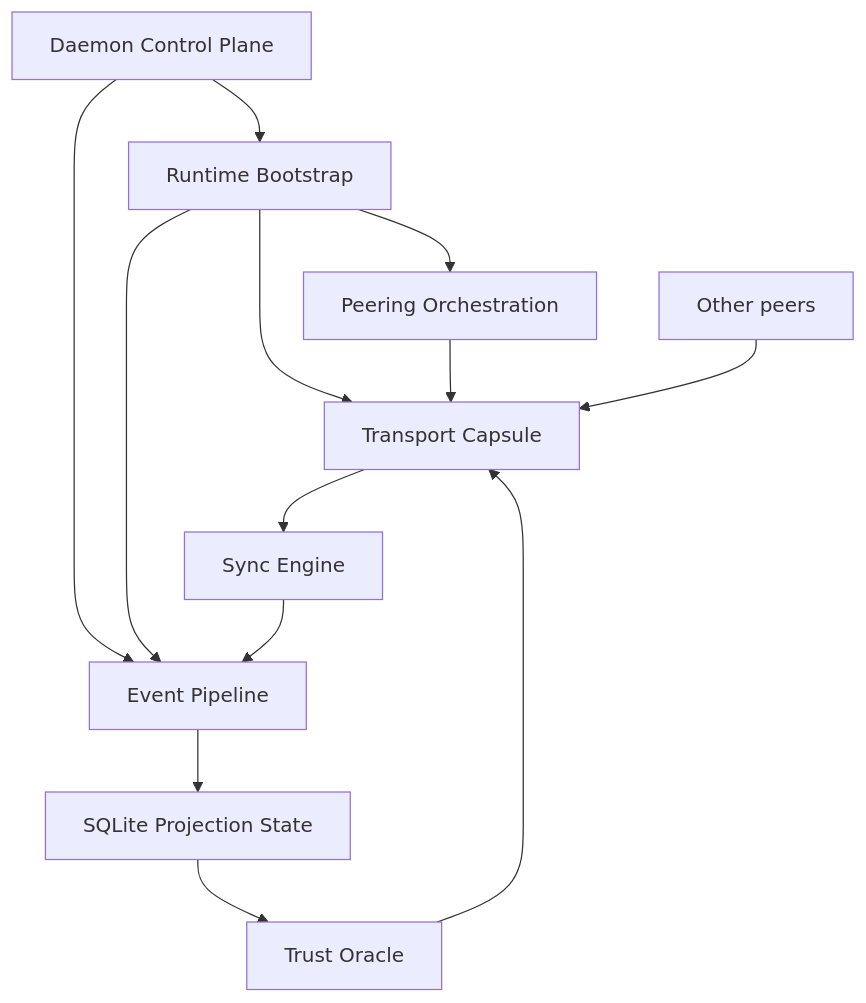
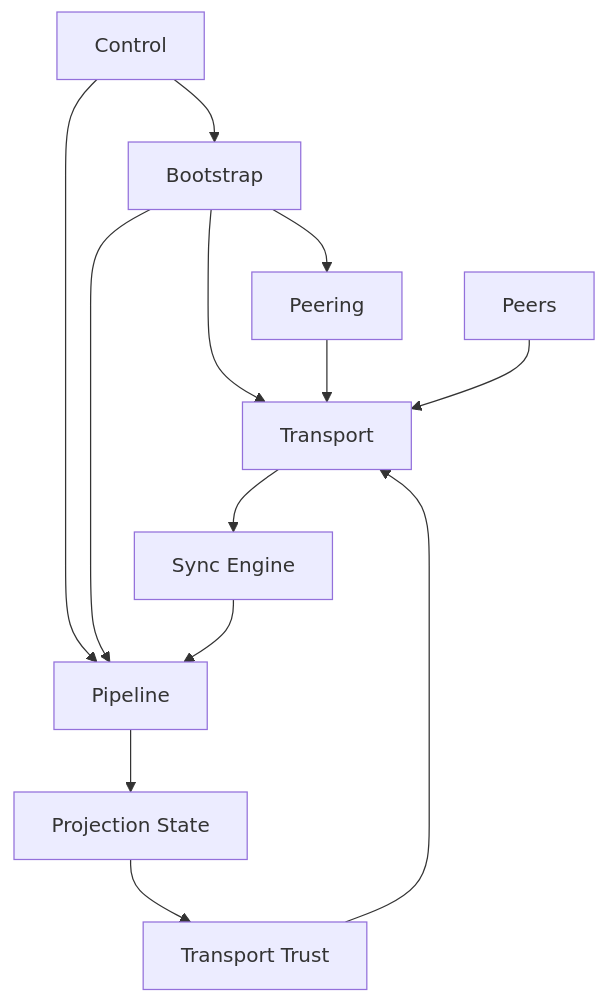
The fourth of 5 diagrams in docs/CURRENT_RUNTIME_DIAGRAM.md (holmesworcester/topo), drawn with Mermaid before and after one commit. The commit also changed other lines of this file, not shown here.

Commit message:
Align runtime topology with unified connection loops

````diff
--- a/docs/CURRENT_RUNTIME_DIAGRAM.md
+++ b/docs/CURRENT_RUNTIME_DIAGRAM.md
@@ -96,25 +96,25 @@
 ```mermaid
 flowchart TD
-    CTRL["Daemon Control Plane"]
-    BOOT["Runtime Bootstrap"]
-    ORCH["Peering Orchestration"]
-    TRANS["Transport Capsule"]
+    CTRL["Control"]
+    BOOT["Bootstrap"]
+    ORCH["Peering"]
+    TRANS["Transport"]
     SYNC["Sync Engine"]
-    PIPE["Event Pipeline"]
-    PSTATE["SQLite Projection State"]
-    TRUST["Trust Oracle"]
-    PEERS["Other peers"]
+    PIPE["Pipeline"]
+    PSTATE["Projection State"]
+    TRUST["Transport Trust"]
+    PEERS["Peers"]
 
     CTRL --> BOOT
     CTRL --> PIPE
     BOOT --> ORCH
     BOOT --> TRANS
     BOOT --> PIPE
     ORCH --> TRANS
     PEERS --> TRANS
     TRANS --> SYNC
     SYNC --> PIPE
     PIPE --> PSTATE
     PSTATE --> TRUST
     TRUST --> TRANS
 ```
````
